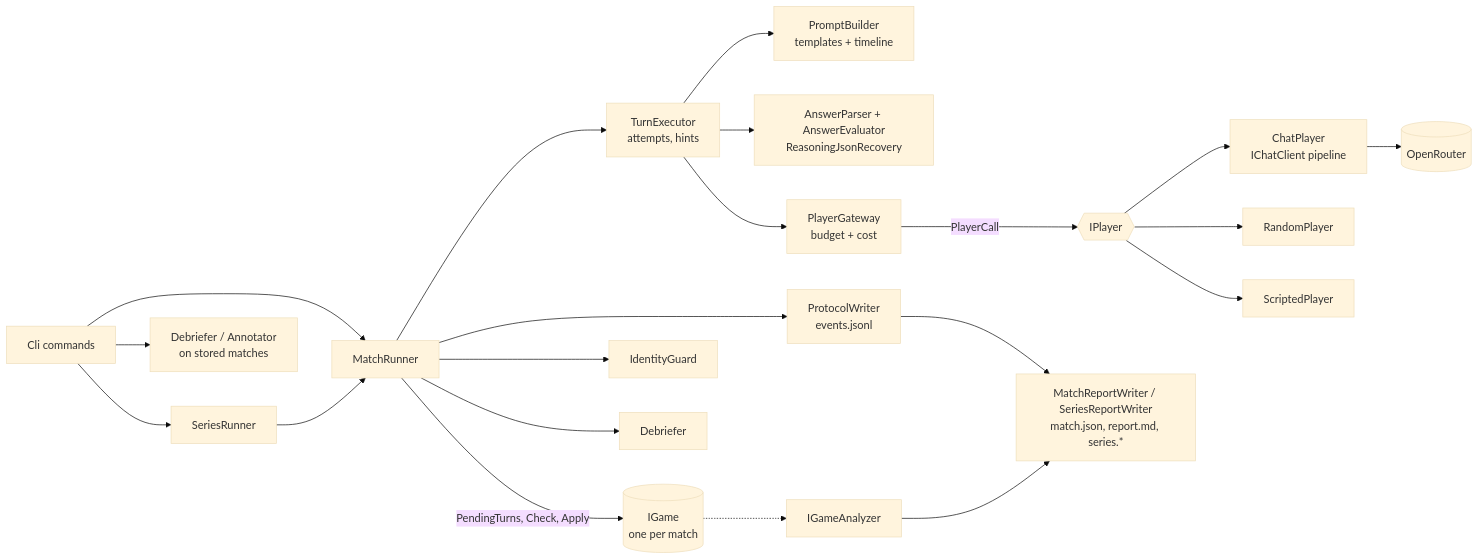
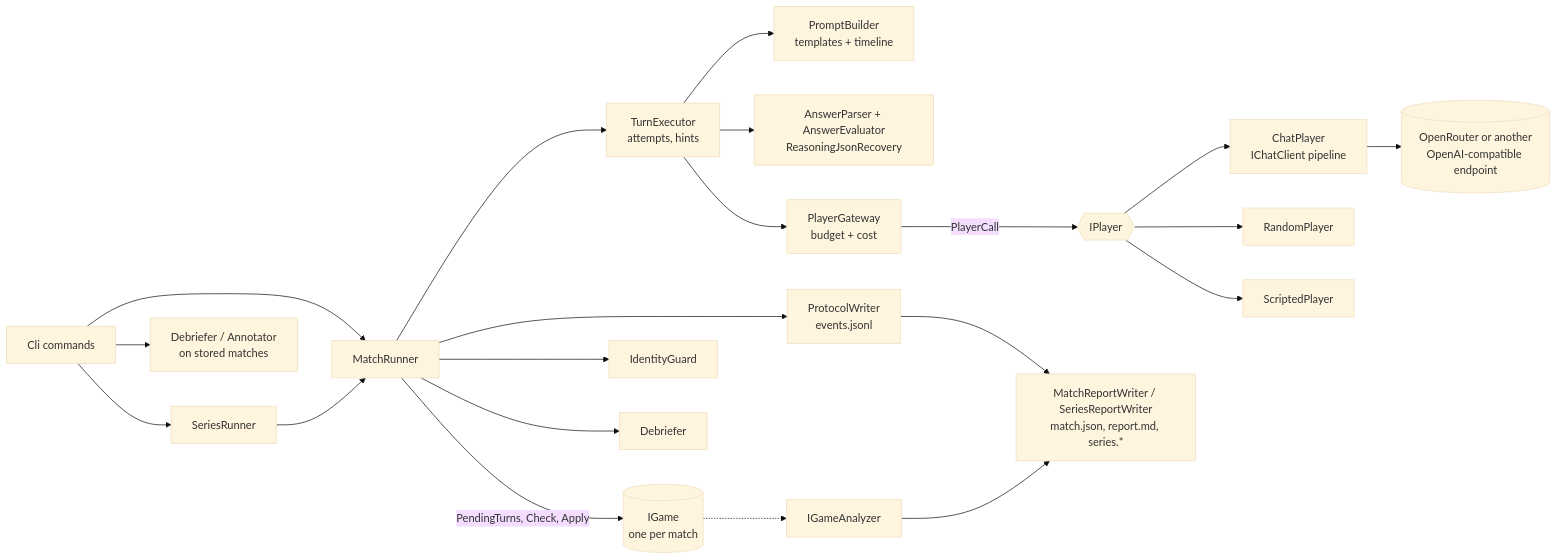
The first of 3 diagrams in docs/architecture.md (chr0mcom/LLM-Shootout), drawn with Mermaid (base theme) before and after one commit. The commit also changed other lines of this file and 25 other files, not shown here.

First line of the commit message:
feat: named endpoints for OpenAI-compatible APIs (cli-proxy, local gateways)

````diff
--- a/docs/architecture.md
+++ b/docs/architecture.md
@@ -18,23 +18,23 @@
 ```mermaid
 flowchart LR
   CLI[Cli commands] --> Series[SeriesRunner]
   CLI --> Runner[MatchRunner]
   CLI --> Deb2[Debriefer / Annotator<br/>on stored matches]
   Series --> Runner
   Runner -->|PendingTurns, Check, Apply| Game[(IGame<br/>one per match)]
   Runner --> Exec[TurnExecutor<br/>attempts, hints]
   Exec --> Prompts[PromptBuilder<br/>templates + timeline]
   Exec --> Parser[AnswerParser + AnswerEvaluator<br/>ReasoningJsonRecovery]
   Exec --> Gate[PlayerGateway<br/>budget + cost]
   Gate -->|PlayerCall| Players{{IPlayer}}
   Players --> Chat[ChatPlayer<br/>IChatClient pipeline]
   Players --> Random[RandomPlayer]
   Players --> Script[ScriptedPlayer]
-  Chat --> OR[(OpenRouter)]
+  Chat --> OR[(OpenRouter or another<br/>OpenAI-compatible endpoint)]
   Runner --> Guard[IdentityGuard]
   Runner --> Log[ProtocolWriter<br/>events.jsonl]
   Runner --> Debrief[Debriefer]
   Log --> Report[MatchReportWriter / SeriesReportWriter<br/>match.json, report.md, series.*]
   Game -.-> Analyzer[IGameAnalyzer]
   Analyzer --> Report
 ```
````
